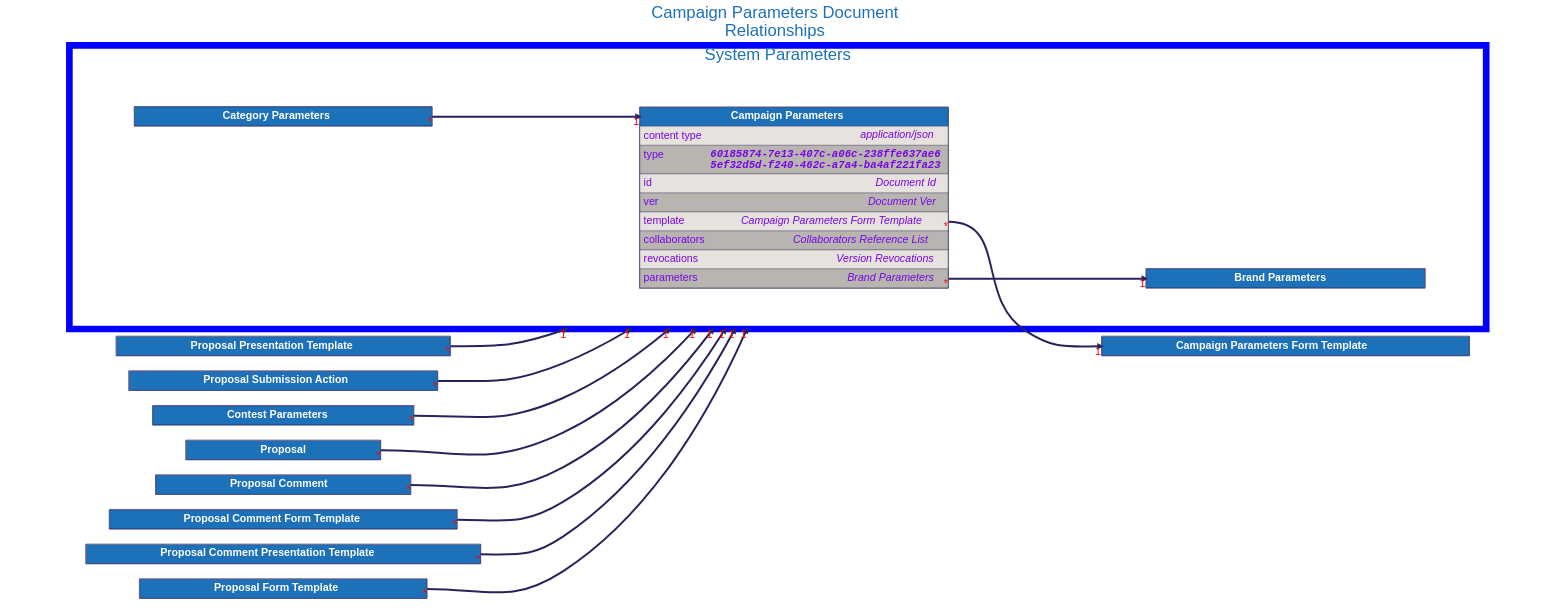
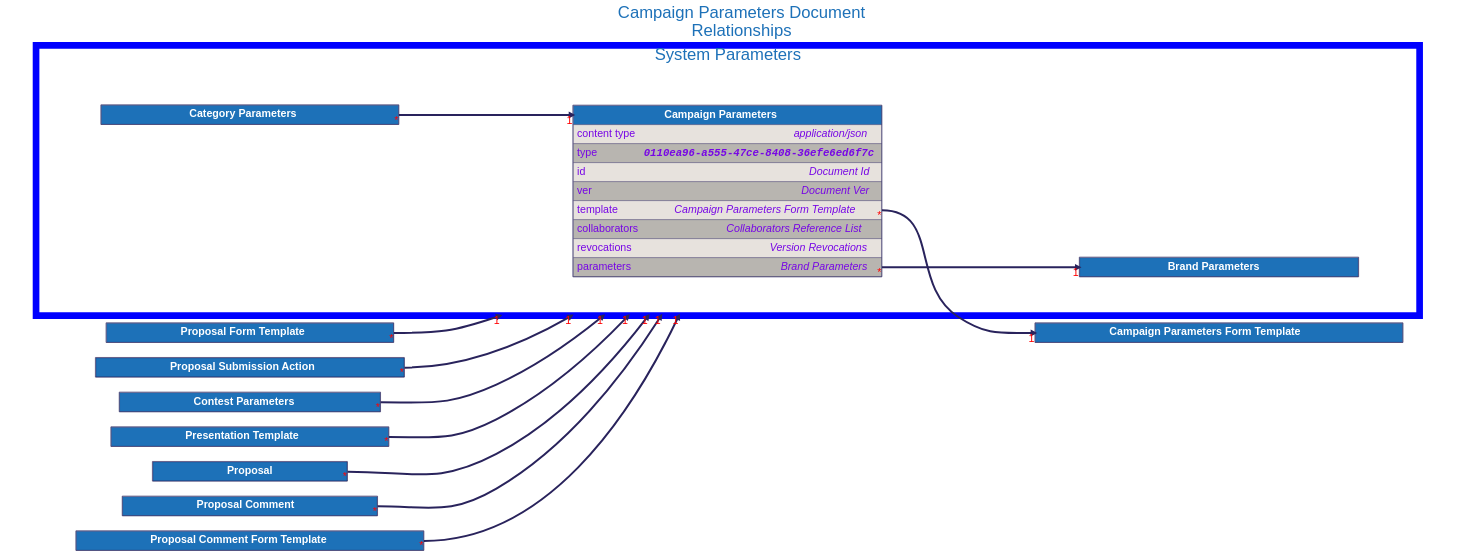
The diagram in docs/src/architecture/08_concepts/signed_doc/diagrams/campaign_parameters.dot (input-output-hk/catalyst-libs), drawn with Graphviz before and after one commit. The commit also changed 456 other files, not shown here.

```diff
--- a/docs/src/architecture/08_concepts/signed_doc/diagrams/campaign_parameters.dot
+++ b/docs/src/architecture/08_concepts/signed_doc/diagrams/campaign_parameters.dot
@@ -35,6 +35,21 @@
             <TR>
                 <TD PORT="title" BGCOLOR="#1d71b8" HREF="../contest_parameters/">
                     <FONT COLOR="#ffffff"><B> Contest Parameters </B></FONT>
+                </TD>
+            </TR>
+
+            </TABLE>
+        >
+    ];
+
+
+    "Presentation Template" [
+        id="Presentation Template";
+        label=<
+            <TABLE BORDER="2" COLOR="#29235c" CELLBORDER="1" CELLSPACING="0" CELLPADDING="10">
+            <TR>
+                <TD PORT="title" BGCOLOR="#1d71b8" HREF="../presentation_template/">
+                    <FONT COLOR="#ffffff"><B> Presentation Template </B></FONT>
                 </TD>
             </TR>
 
@@ -88,21 +103,6 @@
     ];
 
 
-    "Proposal Comment Presentation Template" [
-        id="Proposal Comment Presentation Template";
-        label=<
-            <TABLE BORDER="2" COLOR="#29235c" CELLBORDER="1" CELLSPACING="0" CELLPADDING="10">
-            <TR>
-                <TD PORT="title" BGCOLOR="#1d71b8" HREF="../proposal_comment_presentation_template/">
-                    <FONT COLOR="#ffffff"><B> Proposal Comment Presentation Template </B></FONT>
-                </TD>
-            </TR>
-
-            </TABLE>
-        >
-    ];
-
-
     "Proposal Form Template" [
         id="Proposal Form Template";
         label=<
@@ -110,21 +110,6 @@
             <TR>
                 <TD PORT="title" BGCOLOR="#1d71b8" HREF="../proposal_form_template/">
                     <FONT COLOR="#ffffff"><B> Proposal Form Template </B></FONT>
-                </TD>
-            </TR>
-
-            </TABLE>
-        >
-    ];
-
-
-    "Proposal Presentation Template" [
-        id="Proposal Presentation Template";
-        label=<
-            <TABLE BORDER="2" COLOR="#29235c" CELLBORDER="1" CELLSPACING="0" CELLPADDING="10">
-            <TR>
-                <TD PORT="title" BGCOLOR="#1d71b8" HREF="../proposal_presentation_template/">
-                    <FONT COLOR="#ffffff"><B> Proposal Presentation Template </B></FONT>
                 </TD>
             </TR>
 
@@ -192,7 +177,7 @@
                         <TABLE CELLPADDING="0" CELLSPACING="0" BORDER="0">
                             <TR>
                                 <TD ALIGN="LEFT" VALIGN="TOP" WIDTH="200"><FONT COLOR="#7706E5">type</FONT></TD>
-                                <TD ALIGN="RIGHT"><FONT FACE="Courier" COLOR="#7706E5"><B><I>60185874-7e13-407c-a06c-238ffe637ae6<BR />5ef32d5d-f240-462c-a7a4-ba4af221fa23</I></B></FONT></TD>
+                                <TD ALIGN="RIGHT"><FONT FACE="Courier" COLOR="#7706E5"><B><I>0110ea96-a555-47ce-8408-36efe6ed6f7c</I></B></FONT></TD>
                             </TR>
                         </TABLE>
                     </TD>
@@ -283,11 +268,10 @@
     "Campaign Parameters":"parameters":e -> "Brand Parameters":"title":w [dir=forward, penwidth=6, color="#29235c", headlabel="1", taillabel="*"]
     "Category Parameters":"title":e -> "Campaign Parameters":"title":w [dir=forward, penwidth=6, color="#29235c", headlabel="1", taillabel="*"]
     "Contest Parameters":"title":e -> "Campaign Parameters" [dir=forward, penwidth=6, color="#29235c", headlabel="1", taillabel="*", lhead="cluster_system_parameters"]
+    "Presentation Template":"title":e -> "Campaign Parameters" [dir=forward, penwidth=6, color="#29235c", headlabel="1", taillabel="*", lhead="cluster_system_parameters"]
     "Proposal":"title":e -> "Campaign Parameters" [dir=forward, penwidth=6, color="#29235c", headlabel="1", taillabel="*", lhead="cluster_system_parameters"]
     "Proposal Comment":"title":e -> "Campaign Parameters" [dir=forward, penwidth=6, color="#29235c", headlabel="1", taillabel="*", lhead="cluster_system_parameters"]
     "Proposal Comment Form Template":"title":e -> "Campaign Parameters" [dir=forward, penwidth=6, color="#29235c", headlabel="1", taillabel="*", lhead="cluster_system_parameters"]
-    "Proposal Comment Presentation Template":"title":e -> "Campaign Parameters" [dir=forward, penwidth=6, color="#29235c", headlabel="1", taillabel="*", lhead="cluster_system_parameters"]
     "Proposal Form Template":"title":e -> "Campaign Parameters" [dir=forward, penwidth=6, color="#29235c", headlabel="1", taillabel="*", lhead="cluster_system_parameters"]
-    "Proposal Presentation Template":"title":e -> "Campaign Parameters" [dir=forward, penwidth=6, color="#29235c", headlabel="1", taillabel="*", lhead="cluster_system_parameters"]
     "Proposal Submission Action":"title":e -> "Campaign Parameters" [dir=forward, penwidth=6, color="#29235c", headlabel="1", taillabel="*", lhead="cluster_system_parameters"]
 }
```
